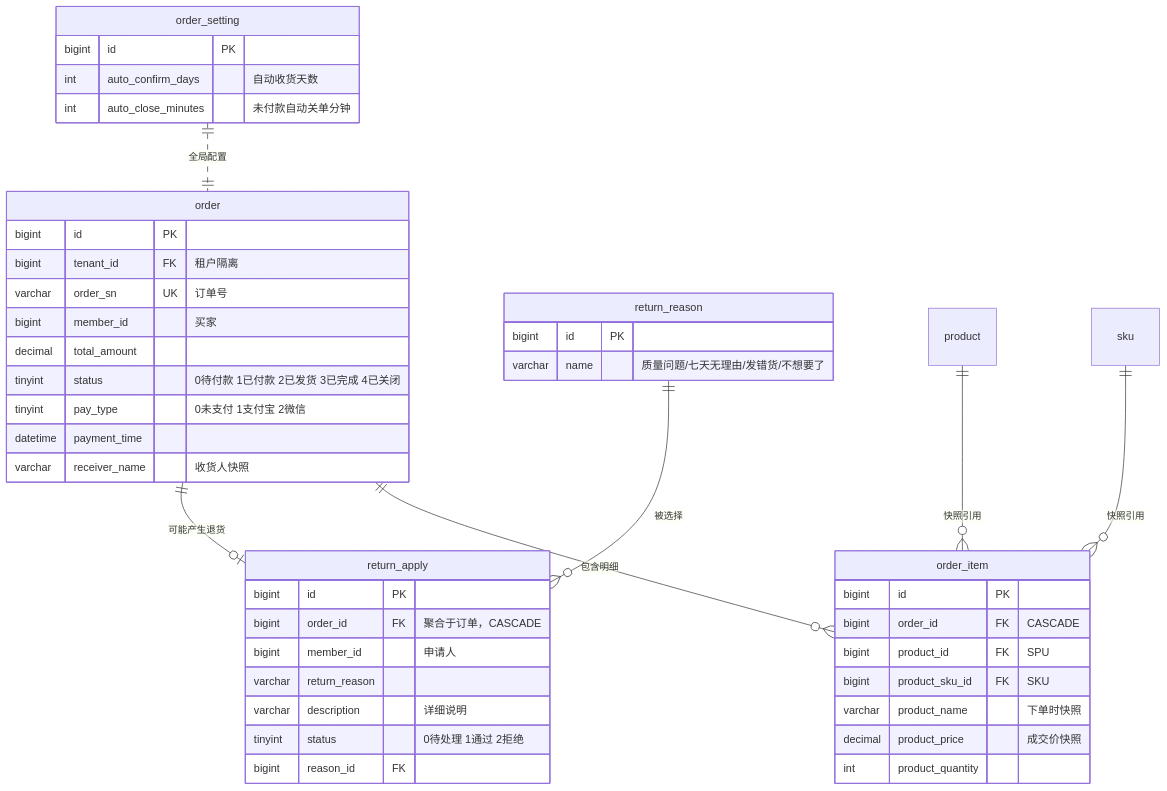
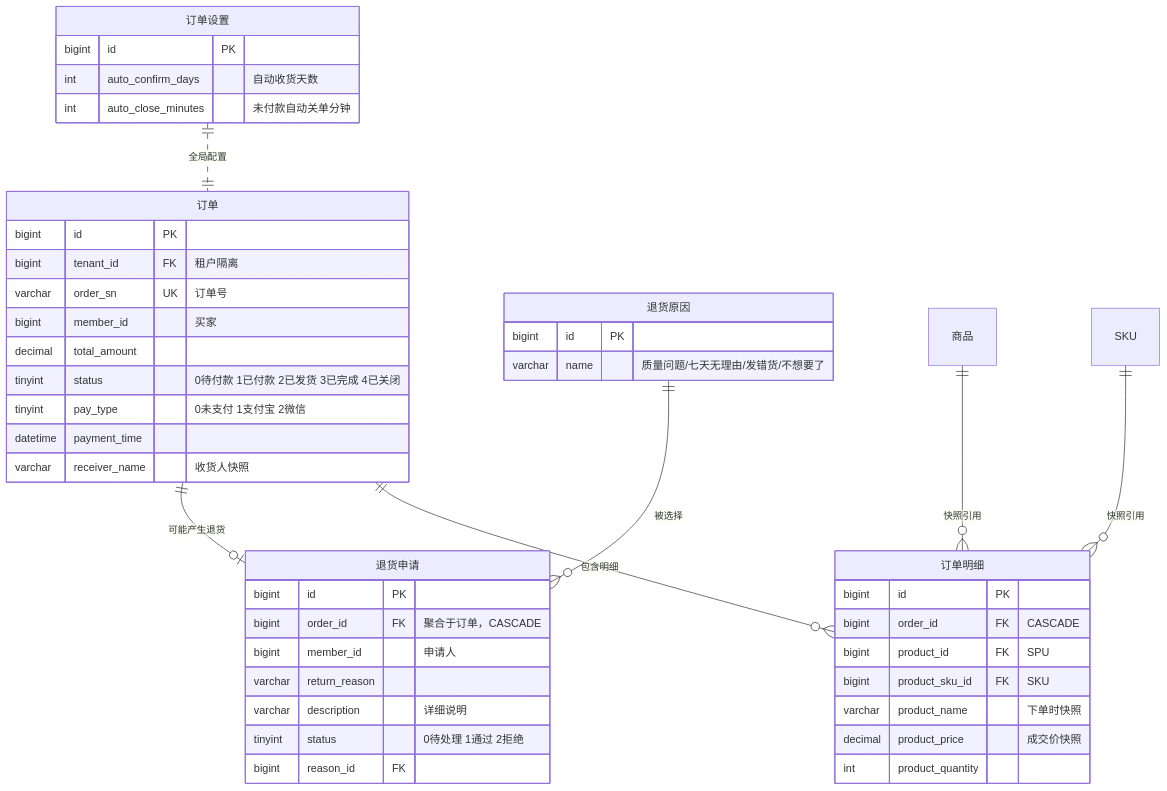
The diagram in docs/er/order.mmd (zzy-repo/qiqi-mall), drawn with Mermaid before and after one commit. The commit also changed 7 other files, not shown here.

Commit message:
docs: ER 图实体改为中文名

```diff
--- a/docs/er/order.mmd
+++ b/docs/er/order.mmd
@@ -1,46 +1,46 @@
 erDiagram
-    order ||--o{ order_item : "包含明细"
-    order ||--o| return_apply : "可能产生退货"
-    return_reason ||--o{ return_apply : "被选择"
-    order_setting ||..|| order : "全局配置"
-    product ||--o{ order_item : "快照引用"
-    sku ||--o{ order_item : "快照引用"
+    订单 ||--o{ 订单明细 : "包含明细"
+    订单 ||--o| 退货申请 : "可能产生退货"
+    退货原因 ||--o{ 退货申请 : "被选择"
+    订单设置 ||..|| 订单 : "全局配置"
+    商品 ||--o{ 订单明细 : "快照引用"
+    SKU ||--o{ 订单明细 : "快照引用"
 
-    order {
+    订单 {
         bigint id PK
         bigint tenant_id FK "租户隔离"
         varchar order_sn UK "订单号"
         bigint member_id "买家"
         decimal total_amount
         tinyint status "0待付款 1已付款 2已发货 3已完成 4已关闭"
         tinyint pay_type "0未支付 1支付宝 2微信"
         datetime payment_time
         varchar receiver_name "收货人快照"
     }
-    order_item {
+    订单明细 {
         bigint id PK
         bigint order_id FK "CASCADE"
         bigint product_id FK "SPU"
         bigint product_sku_id FK "SKU"
         varchar product_name "下单时快照"
         decimal product_price "成交价快照"
         int product_quantity
     }
-    return_apply {
+    退货申请 {
         bigint id PK
         bigint order_id FK "聚合于订单，CASCADE"
         bigint member_id "申请人"
         varchar return_reason
         varchar description "详细说明"
         tinyint status "0待处理 1通过 2拒绝"
         bigint reason_id FK
     }
-    return_reason {
+    退货原因 {
         bigint id PK
         varchar name "质量问题/七天无理由/发错货/不想要了"
     }
-    order_setting {
+    订单设置 {
         bigint id PK
         int auto_confirm_days "自动收货天数"
         int auto_close_minutes "未付款自动关单分钟"
     }
```
